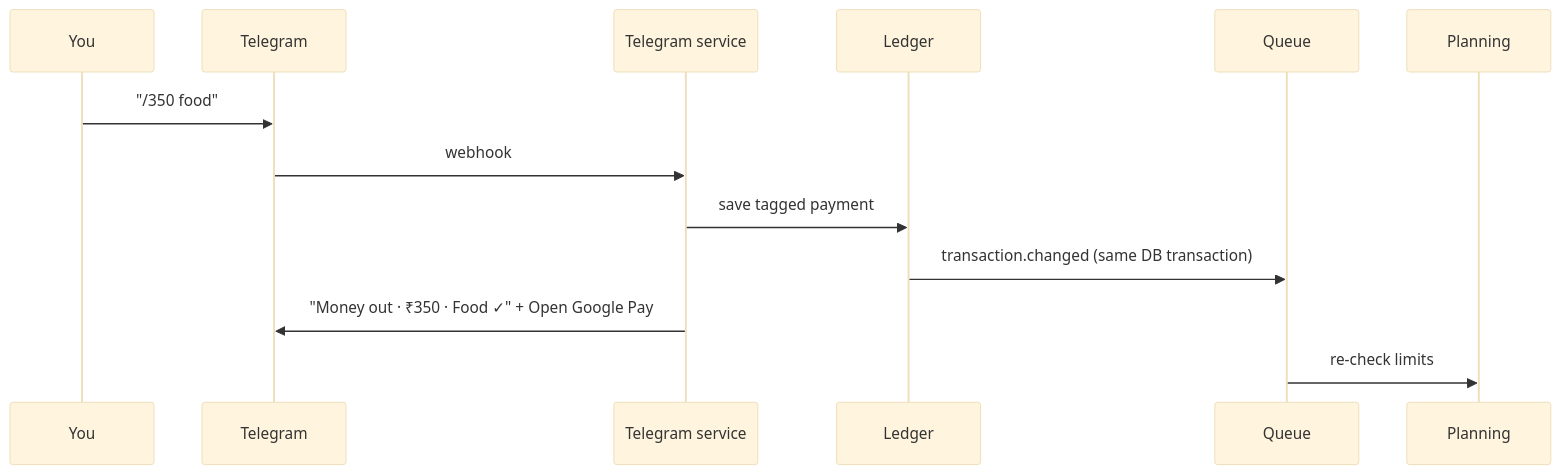
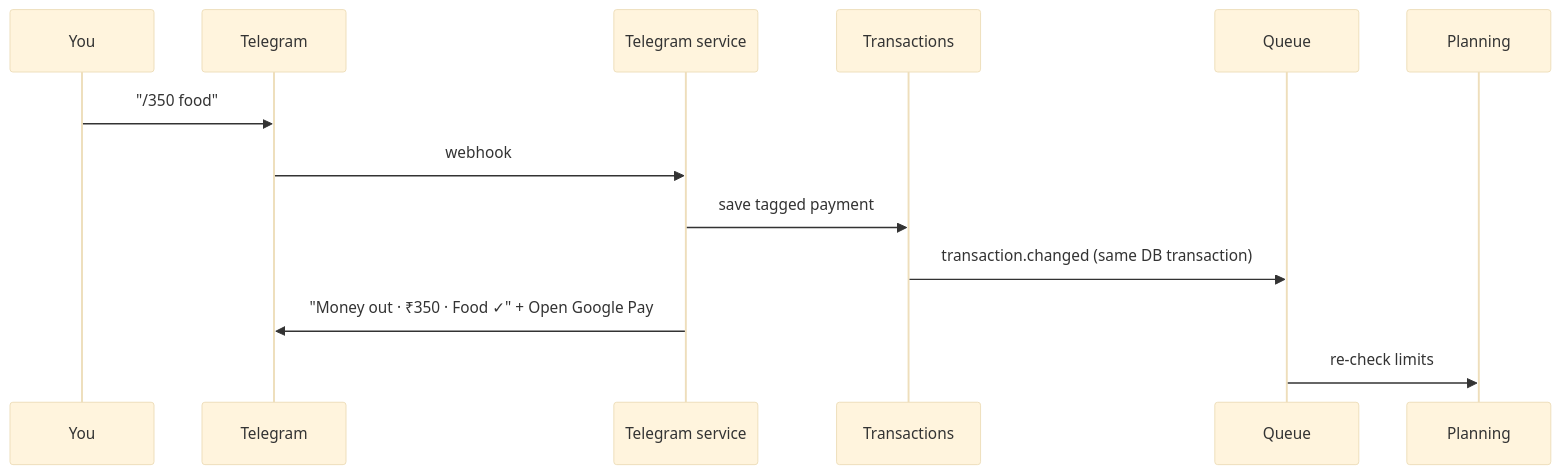
The second of 3 diagrams in docs/SYSTEM_DESIGN.md (aayushsugandhi2703/LBStash), drawn with Mermaid (base theme) before and after one commit. The commit also changed other lines of this file and 408 other files, not shown here.

````diff
--- a/docs/SYSTEM_DESIGN.md
+++ b/docs/SYSTEM_DESIGN.md
@@ -147,15 +147,15 @@
 ```mermaid
 sequenceDiagram
   participant You
   participant Telegram
   participant Bot as Telegram service
-  participant Ledger
+  participant Transactions
   participant Queue
   participant Planning
   You->>Telegram: "/350 food"
   Telegram->>Bot: webhook
-  Bot->>Ledger: save tagged payment
-  Ledger->>Queue: transaction.changed (same DB transaction)
+  Bot->>Transactions: save tagged payment
+  Transactions->>Queue: transaction.changed (same DB transaction)
   Bot->>Telegram: "Money out · ₹350 · Food ✓" + Open Google Pay
   Queue->>Planning: re-check limits
 ```
````
